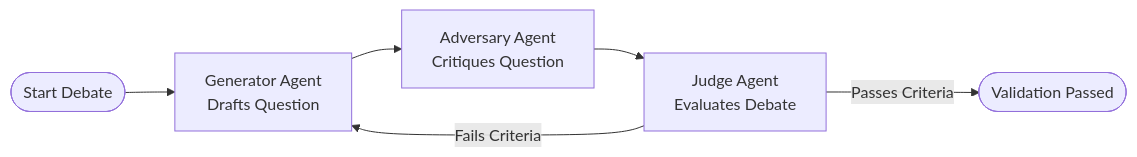
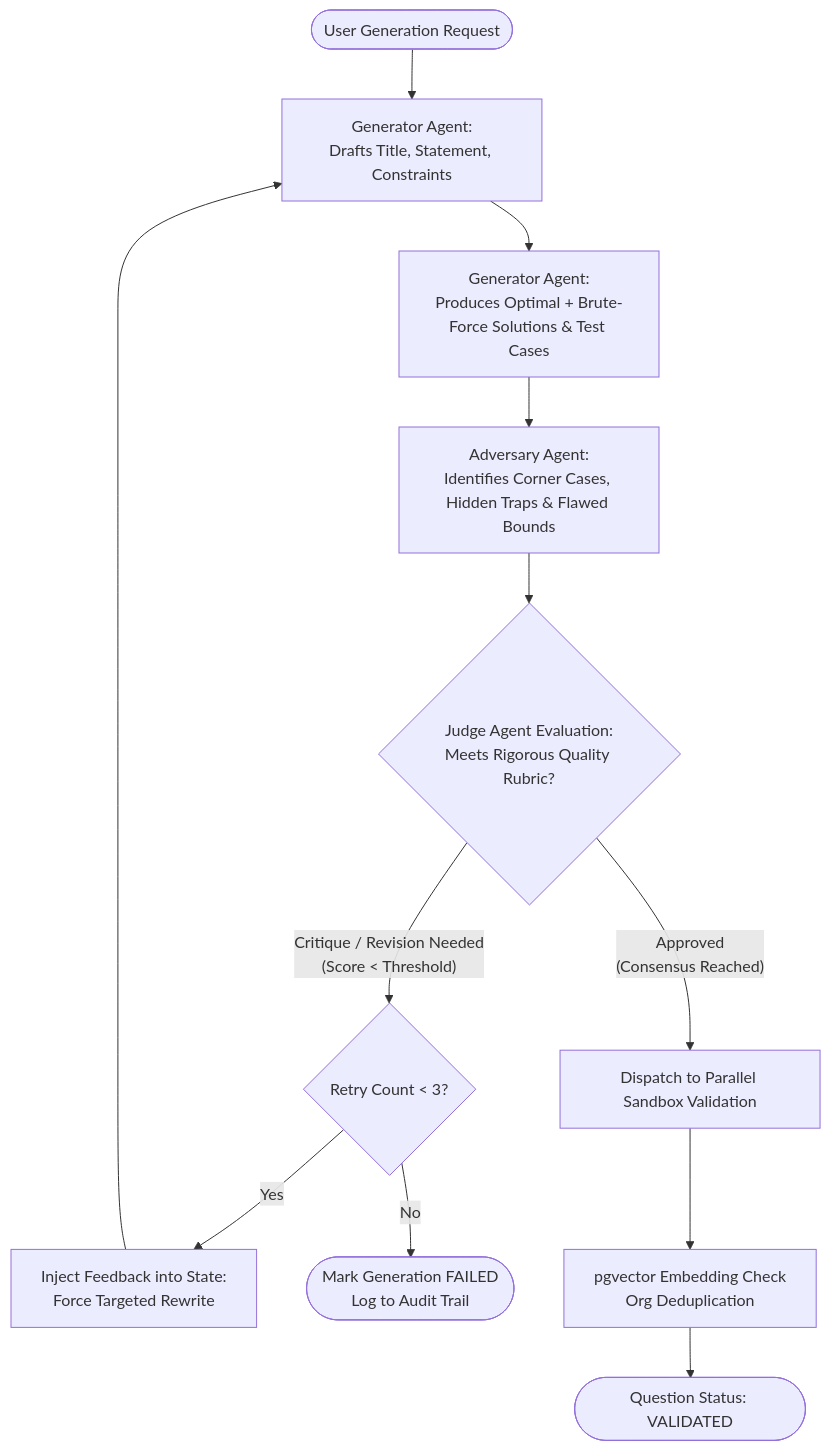
The third of 8 diagrams in README.md (yashsrivastava1408/QuestionForge), drawn with Mermaid before and after one commit. The commit also changed other lines of this file and 30 other files, not shown here.

````diff
--- a/README.md
+++ b/README.md
@@ -133,9 +215,19 @@
 ```mermaid
-flowchart LR
-    Start([Start Debate]) --> Generator[Generator Agent\nDrafts Question]
-    Generator --> Adversary[Adversary Agent\nCritiques Question]
-    Adversary --> Judge[Judge Agent\nEvaluates Debate]
+flowchart TD
+    Start([User Generation Request]) --> GenInit[Generator Agent:\nDrafts Title, Statement, Constraints]
+    GenInit --> GenCode[Generator Agent:\nProduces Optimal + Brute-Force Solutions & Test Cases]
     
-    Judge -- "Passes Criteria" --> Approved([Validation Passed])
-    Judge -- "Fails Criteria" --> Generator
+    GenCode --> AdvReview[Adversary Agent:\nIdentifies Corner Cases, Hidden Traps & Flawed Bounds]
+    
+    AdvReview --> JudgeEval{Judge Agent Evaluation:\nMeets Rigorous Quality Rubric?}
+    
+    JudgeEval -- "Critique / Revision Needed\n(Score < Threshold)" --> RetryCheck{Retry Count < 3?}
+    RetryCheck -- Yes --> FeedbackGen[Inject Feedback into State:\nForce Targeted Rewrite]
+    FeedbackGen --> GenInit
+    
+    RetryCheck -- No --> FailState([Mark Generation FAILED\nLog to Audit Trail])
+    
+    JudgeEval -- "Approved\n(Consensus Reached)" --> ValidationSuite[Dispatch to Parallel Sandbox Validation]
+    ValidationSuite --> Deduplication[pgvector Embedding Check\nOrg Deduplication]
+    Deduplication --> SuccessState([Question Status: VALIDATED])
 ```
````
